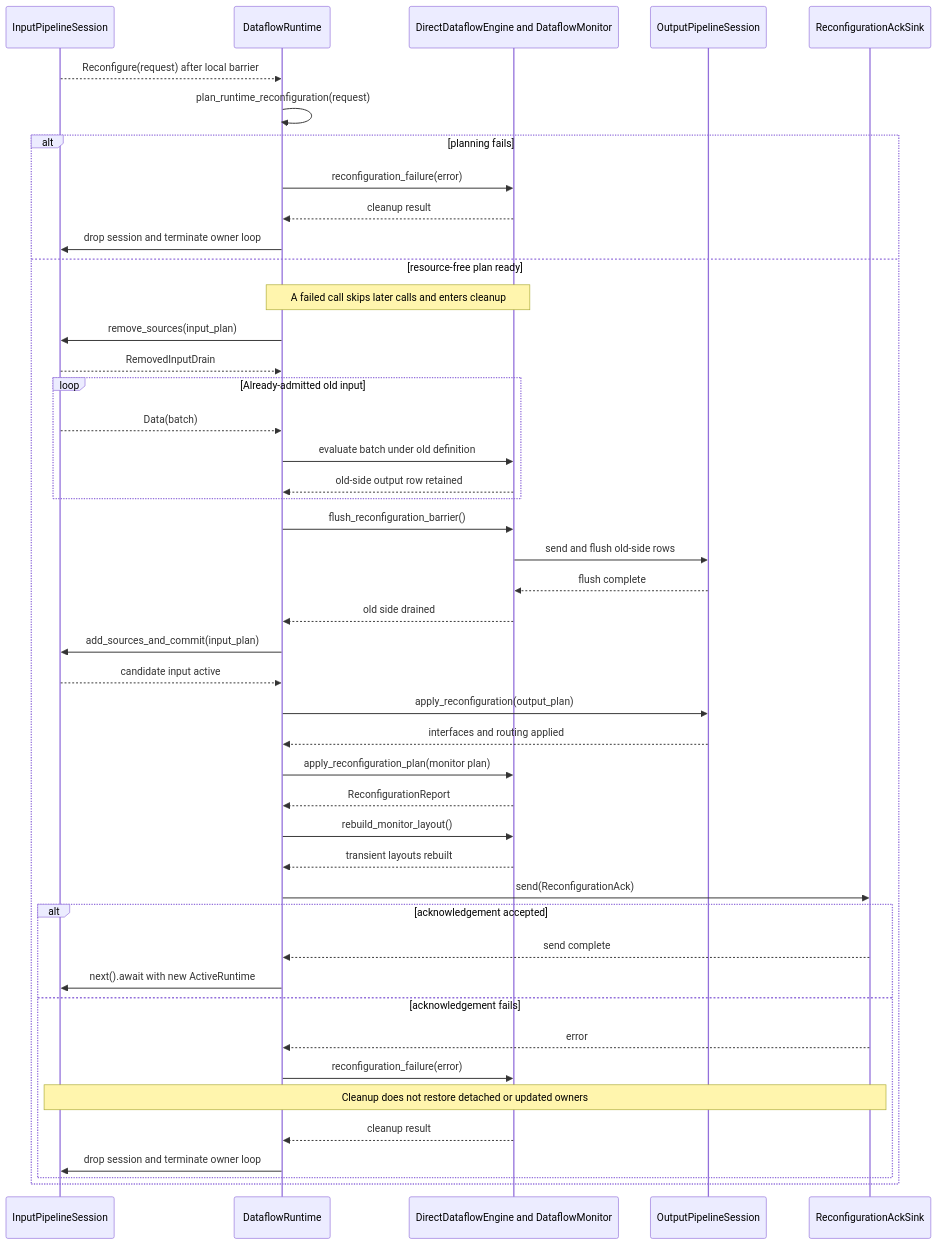
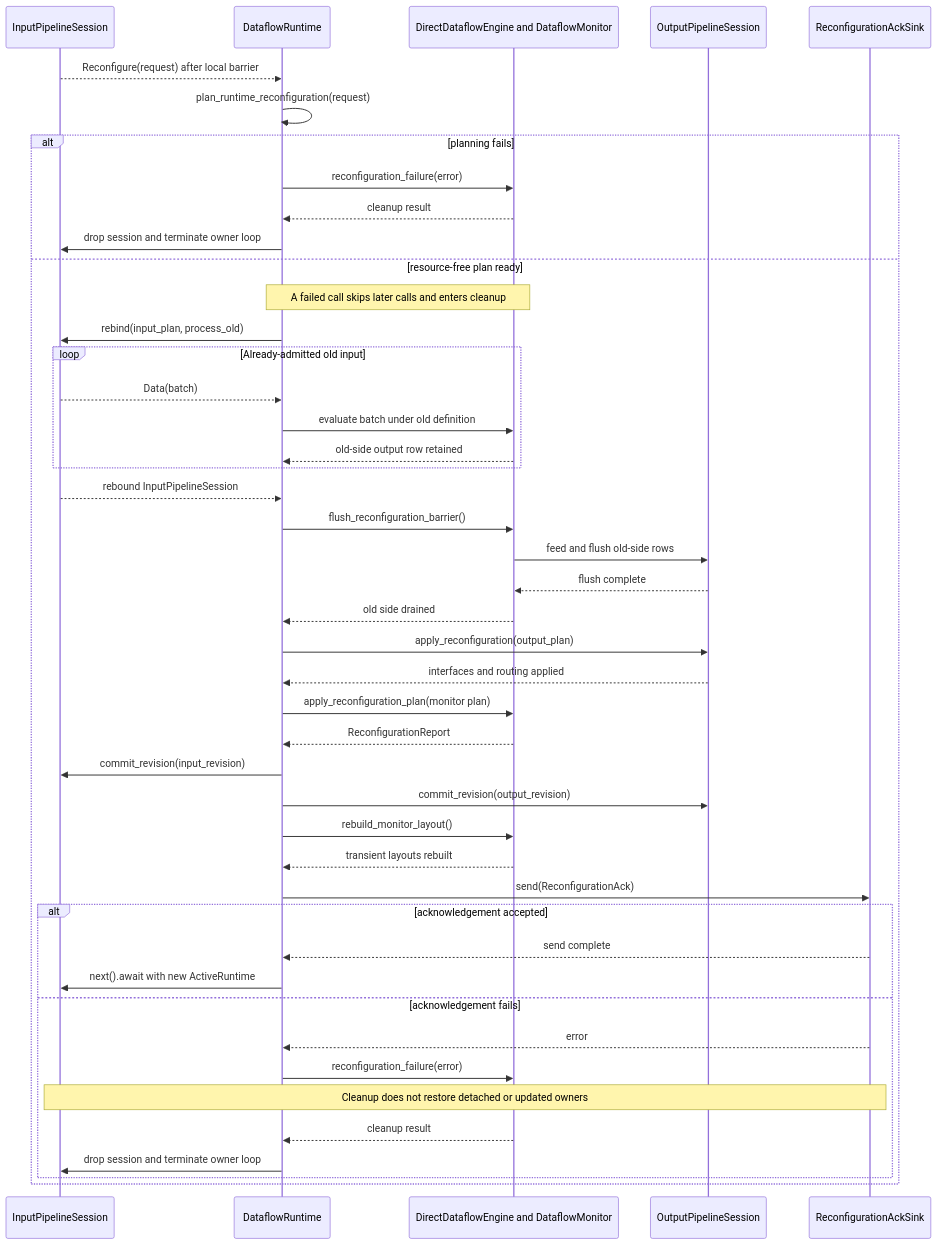
The second of 2 diagrams in docs/src/reconfiguration.md (INTO-CPS-Association/robosapiens-trustworthiness-checker), drawn with Mermaid before and after one commit. The commit also changed other lines of this file and 109 other files, not shown here.

````diff
--- a/docs/src/reconfiguration.md
+++ b/docs/src/reconfiguration.md
@@ -80,51 +80,51 @@
 ```mermaid
 sequenceDiagram
     accTitle: Root replacement crosses persistent owners before acknowledgement
-    accDescr: InputPipelineSession yields a delivered reconfiguration request to DataflowRuntime. The runtime first builds a resource-free plan. It then detaches input owners and consumes the returned drain through the old engine, flushes old output, commits input additions, applies output changes, applies the monitor plan, rebuilds layouts, and finally sends an acknowledgement. Planning failure leaves owners structurally unchanged but terminates the loop. Application or acknowledgement failure runs cleanup without reversing earlier effects.
+    accDescr: InputPipelineSession yields a delivered reconfiguration request to DataflowRuntime. The runtime first builds a resource-free plan. It then consumes old-side batches through the input rebind callback, flushes old output, applies output changes, applies the monitor plan, commits both session revisions, rebuilds layouts, and finally sends an acknowledgement. Planning failure leaves owners structurally unchanged but terminates the loop. Application or acknowledgement failure runs cleanup without reversing earlier effects.
 
     participant input as InputPipelineSession
     participant runtime as DataflowRuntime
     participant machine as DirectDataflowEngine and DataflowMonitor
     participant output as OutputPipelineSession
     participant ack as ReconfigurationAckSink
 
     input-->>runtime: Reconfigure(request) after local barrier
     runtime->>runtime: plan_runtime_reconfiguration(request)
     alt planning fails
         runtime->>machine: reconfiguration_failure(error)
         machine-->>runtime: cleanup result
         runtime->>input: drop session and terminate owner loop
     else resource-free plan ready
         Note over runtime,machine: A failed call skips later calls and enters cleanup
-        runtime->>input: remove_sources(input_plan)
-        input-->>runtime: RemovedInputDrain
+        runtime->>input: rebind(input_plan, process_old)
         loop Already-admitted old input
             input-->>runtime: Data(batch)
             runtime->>machine: evaluate batch under old definition
             machine-->>runtime: old-side output row retained
         end
+        input-->>runtime: rebound InputPipelineSession
         runtime->>machine: flush_reconfiguration_barrier()
-        machine->>output: send and flush old-side rows
+        machine->>output: feed and flush old-side rows
         output-->>machine: flush complete
         machine-->>runtime: old side drained
-        runtime->>input: add_sources_and_commit(input_plan)
-        input-->>runtime: candidate input active
         runtime->>output: apply_reconfiguration(output_plan)
         output-->>runtime: interfaces and routing applied
         runtime->>machine: apply_reconfiguration_plan(monitor plan)
         machine-->>runtime: ReconfigurationReport
+        runtime->>input: commit_revision(input_revision)
+        runtime->>output: commit_revision(output_revision)
         runtime->>machine: rebuild_monitor_layout()
         machine-->>runtime: transient layouts rebuilt
         runtime->>ack: send(ReconfigurationAck)
         alt acknowledgement accepted
             ack-->>runtime: send complete
             runtime->>input: next().await with new ActiveRuntime
         else acknowledgement fails
             ack-->>runtime: error
             runtime->>machine: reconfiguration_failure(error)
             Note over input,ack: Cleanup does not restore detached or updated owners
             machine-->>runtime: cleanup result
             runtime->>input: drop session and terminate owner loop
         end
     end
 ```
````
